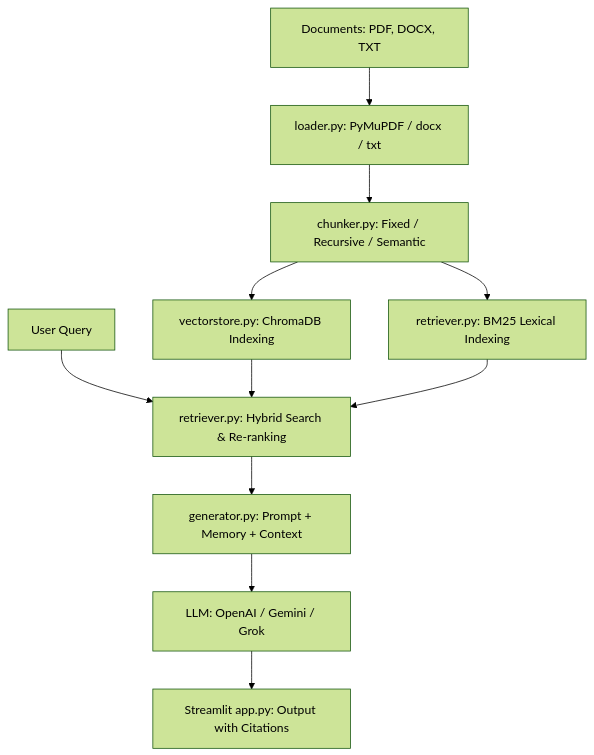
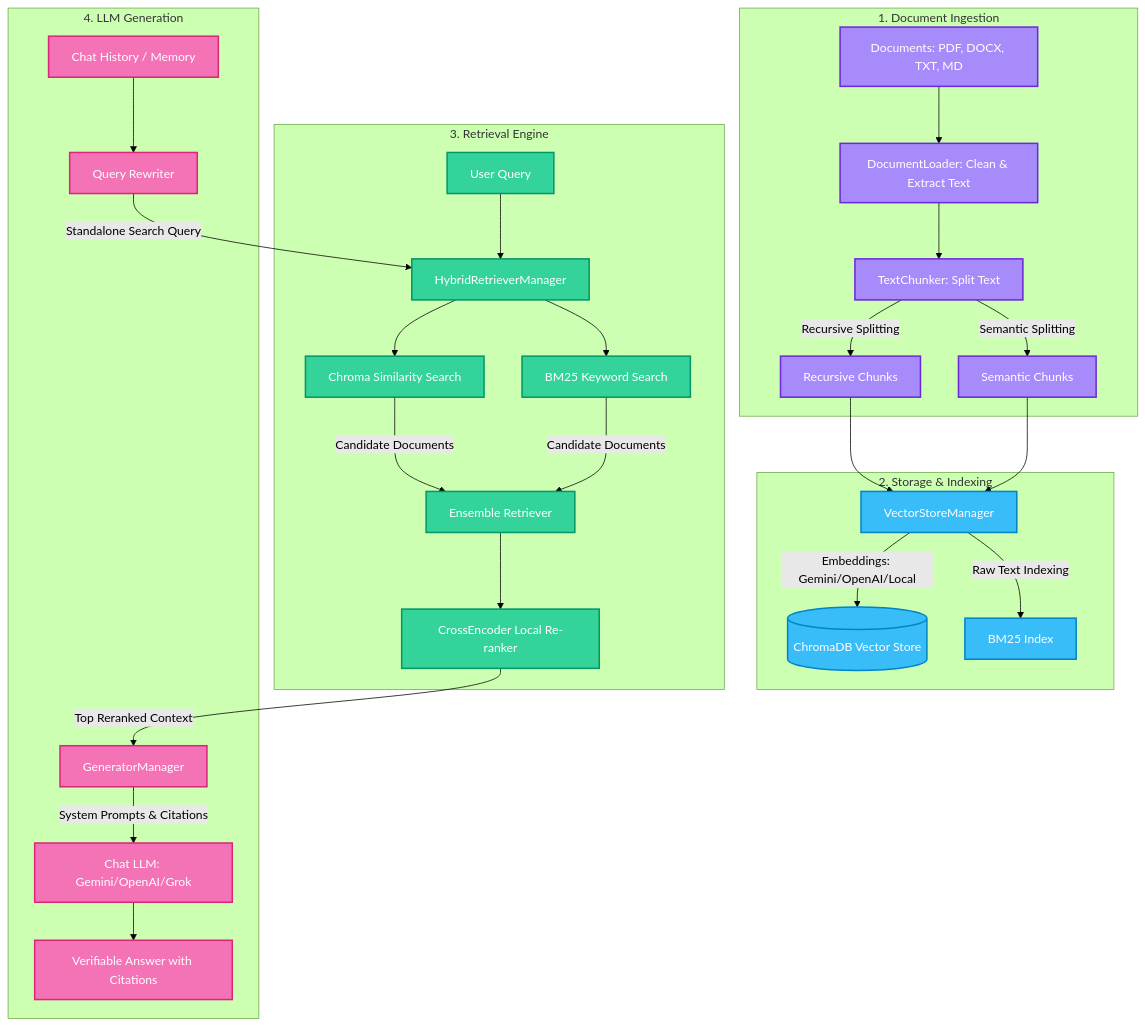
The diagram in README.md (JaynthReddy91/RAGproject), drawn with Mermaid (forest theme) before and after one commit. The commit also changed other lines of this file, not shown here.

Commit message:
Add comprehensive system documentation and architectural schematics

````diff
--- a/README.md
+++ b/README.md
@@ -9,15 +13,46 @@
 ```mermaid
 graph TD
-    A[Documents: PDF, DOCX, TXT] --> B[loader.py: PyMuPDF / docx / txt]
-    B --> C[chunker.py: Fixed / Recursive / Semantic]
-    C --> D[vectorstore.py: ChromaDB Indexing]
-    C --> E[retriever.py: BM25 Lexical Indexing]
-    
-    F[User Query] --> G[retriever.py: Hybrid Search & Re-ranking]
-    D --> G
-    E --> G
-    
-    G --> H[generator.py: Prompt + Memory + Context]
-    H --> I[LLM: OpenAI / Gemini / Grok]
-    I --> J[Streamlit app.py: Output with Citations]
+    %% Styling
+    classDef ingest fill:#a78bfa,stroke:#6d28d9,stroke-width:2px,color:#fff;
+    classDef index fill:#38bdf8,stroke:#0284c7,stroke-width:2px,color:#fff;
+    classDef search fill:#34d399,stroke:#059669,stroke-width:2px,color:#fff;
+    classDef gen fill:#f472b6,stroke:#db2777,stroke-width:2px,color:#fff;
+
+    %% Ingestion Stage
+    subgraph Ingestion ["1. Document Ingestion"]
+        A[Documents: PDF, DOCX, TXT, MD] --> B[DocumentLoader: Clean & Extract Text]
+        B --> C[TextChunker: Split Text]
+        C -- Recursive Splitting --> D[Recursive Chunks]
+        C -- Semantic Splitting --> E[Semantic Chunks]
+    end
+    class A,B,C,D,E ingest;
+
+    %% Indexing Stage
+    subgraph Indexing ["2. Storage & Indexing"]
+        D & E --> F[VectorStoreManager]
+        F -- Embeddings: Gemini/OpenAI/Local --> G[(ChromaDB Vector Store)]
+        F -- Raw Text Indexing --> H[BM25 Index]
+    end
+    class F,G,H index;
+
+    %% Retrieval Stage
+    subgraph Retrieval ["3. Retrieval Engine"]
+        I[User Query] --> J[HybridRetrieverManager]
+        J --> K[Chroma Similarity Search]
+        J --> L[BM25 Keyword Search]
+        K -- Candidate Documents --> M[Ensemble Retriever]
+        L -- Candidate Documents --> M
+        M --> N[CrossEncoder Local Re-ranker]
+    end
+    class I,J,K,L,M,N search;
+
+    %% Generation Stage
+    subgraph Generation ["4. LLM Generation"]
+        N -- Top Reranked Context --> O[GeneratorManager]
+        P[Chat History / Memory] --> Q[Query Rewriter]
+        Q -- Standalone Search Query --> J
+        O -- System Prompts & Citations --> R[Chat LLM: Gemini/OpenAI/Grok]
+        R --> S[Verifiable Answer with Citations]
+    end
+    class O,P,Q,R,S gen;
 ```
````
